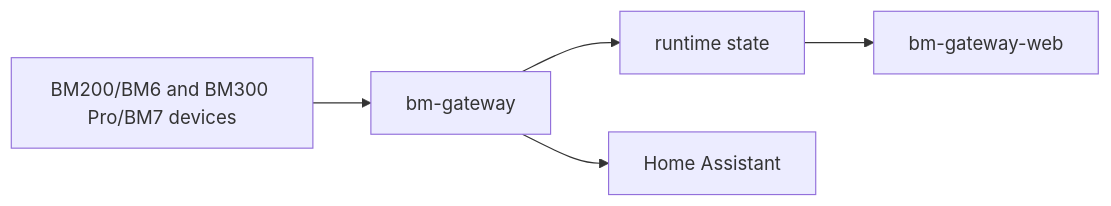
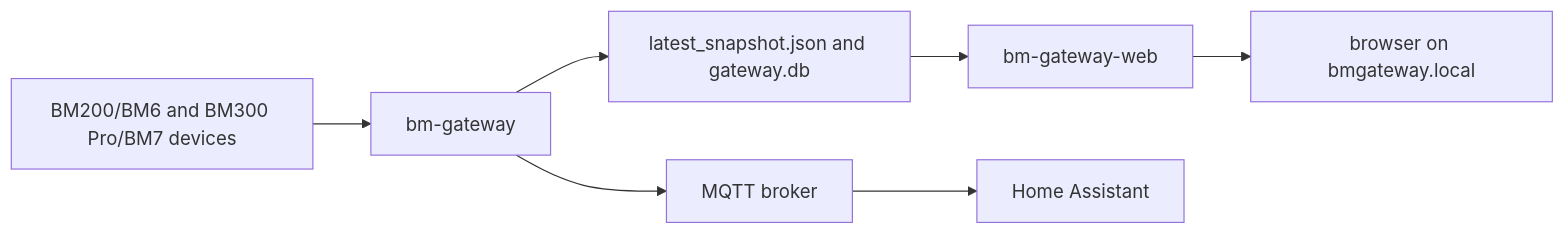
Before and after one commit to marcomc/BMGateway: the diagram in README.md, drawn with Mermaid. The commit also changed other lines of this file and 7 other files, not shown here.

Commit message:
Enhance documentation with new diagrams for system flow, Raspberry Pi setup, and web implementation; improve clarity on runtime state and history storage processes.

````diff
--- a/README.md
+++ b/README.md
@@ -90,13 +93,19 @@
 ```mermaid
 flowchart LR
+    accTitle: BMGateway system flow
+    accDescr: Shows how battery monitor readings move through the runtime, local state, web UI, MQTT broker, and Home Assistant.
     Devices["BM200/BM6 and BM300 Pro/BM7 devices"]
     Runtime["bm-gateway"]
-    State["runtime state"]
+    State["latest_snapshot.json and gateway.db"]
     Web["bm-gateway-web"]
+    Browser["browser on bmgateway.local"]
+    Broker["MQTT broker"]
     HomeAssistant["Home Assistant"]
 
     Devices --> Runtime
     Runtime --> State
-    Runtime --> HomeAssistant
+    Runtime --> Broker
+    Broker --> HomeAssistant
     State --> Web
+    Web --> Browser
 ```
````
